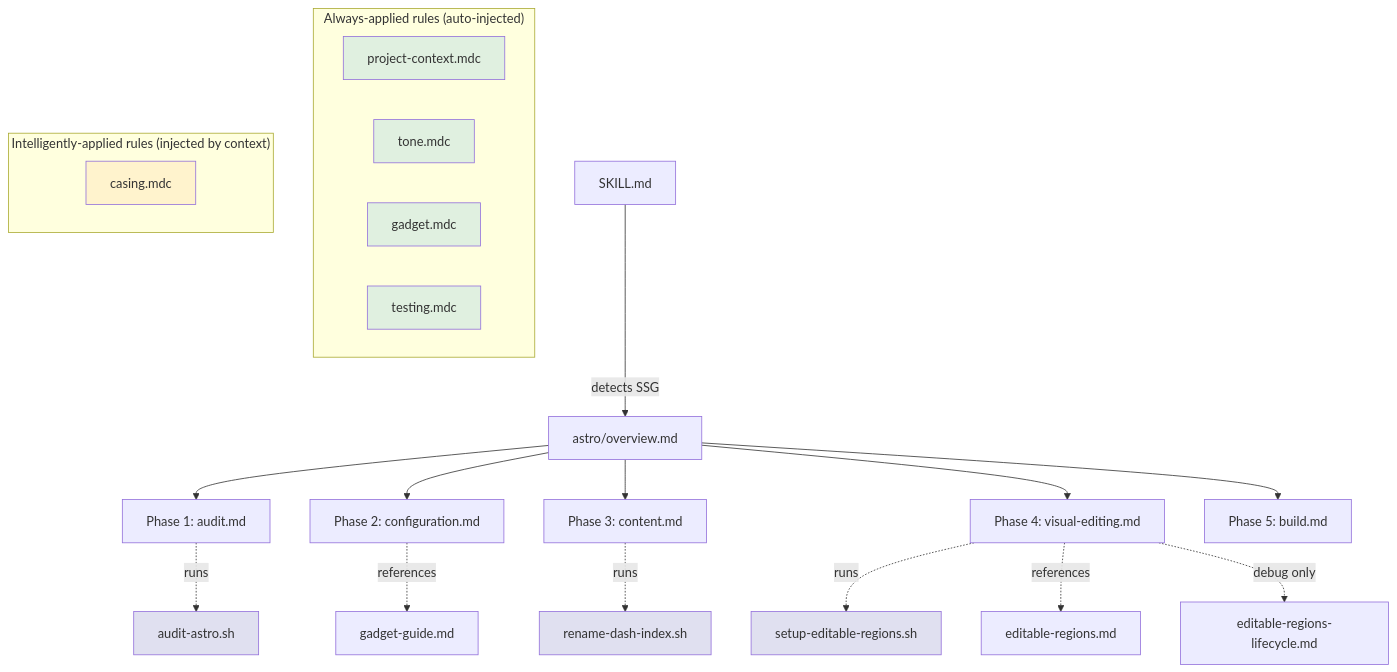
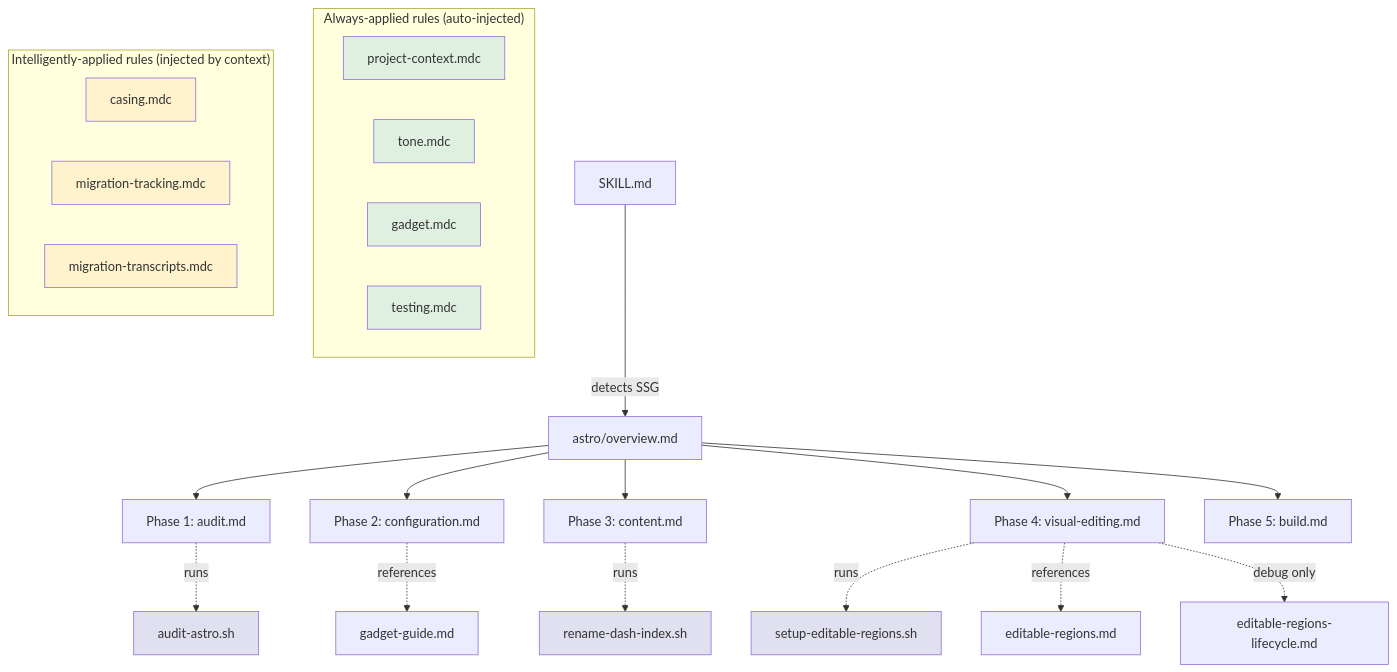
One commit to tomrcc/agent-tooling changed the diagram in README.md. Above: the diagram before and after it, drawn with Mermaid. The commit also changed other lines of this file and 2 other files, not shown here.

Commit message:
Add more tracking info

````diff
--- a/README.md
+++ b/README.md
@@ -57,37 +67,41 @@
 ```mermaid
 flowchart TD
     subgraph "Always-applied rules (auto-injected)"
         R1[project-context.mdc]
         R2[tone.mdc]
         R3[gadget.mdc]
         R4[testing.mdc]
     end
 
     subgraph "Intelligently-applied rules (injected by context)"
         R5[casing.mdc]
+        R6[migration-tracking.mdc]
+        R7[migration-transcripts.mdc]
     end
 
     SKILL[SKILL.md] -->|detects SSG| OV[astro/overview.md]
 
     OV --> P1[Phase 1: audit.md]
     OV --> P2[Phase 2: configuration.md]
     OV --> P3[Phase 3: content.md]
     OV --> P4[Phase 4: visual-editing.md]
     OV --> P5[Phase 5: build.md]
 
     P1 -.->|runs| S1[audit-astro.sh]
     P2 -.->|references| GG[gadget-guide.md]
     P3 -.->|runs| S2[rename-dash-index.sh]
     P4 -.->|runs| S3[setup-editable-regions.sh]
     P4 -.->|references| ER[editable-regions.md]
     P4 -.->|debug only| ERL[editable-regions-lifecycle.md]
 
     style R1 fill:#e0f0e0
     style R2 fill:#e0f0e0
     style R3 fill:#e0f0e0
     style R4 fill:#e0f0e0
     style R5 fill:#fff3cd
+    style R6 fill:#fff3cd
+    style R7 fill:#fff3cd
     style S1 fill:#e0e0f0
     style S2 fill:#e0e0f0
     style S3 fill:#e0e0f0
 ```
````
